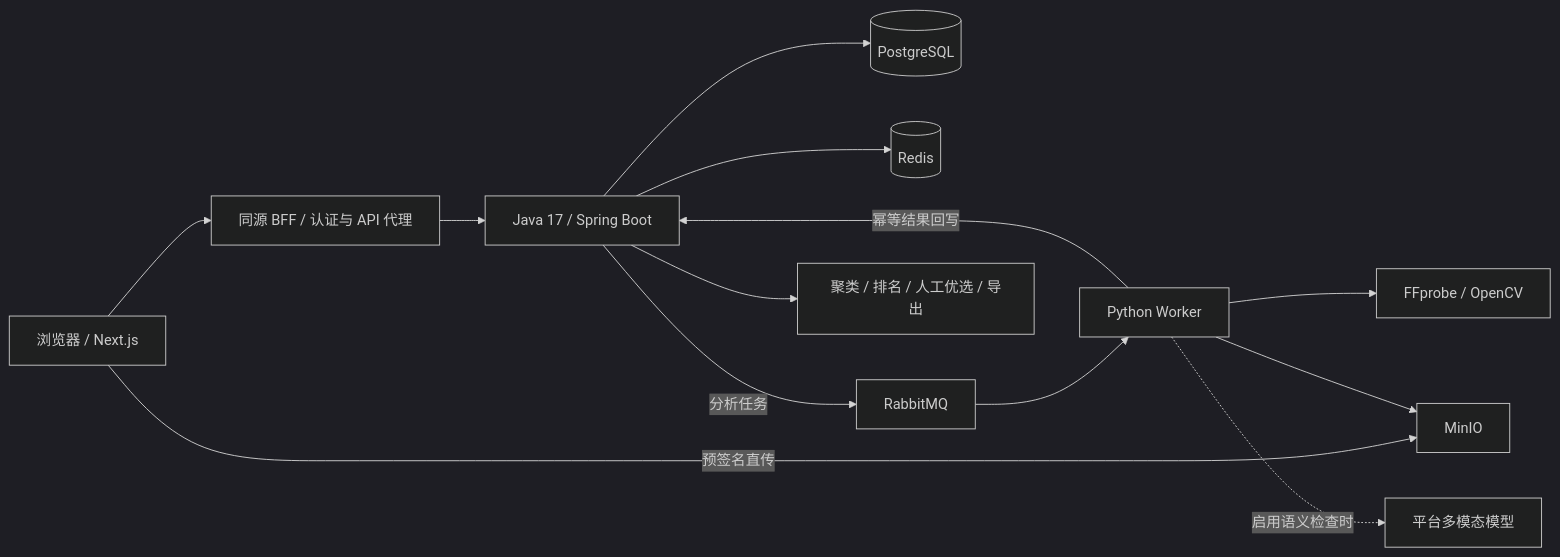
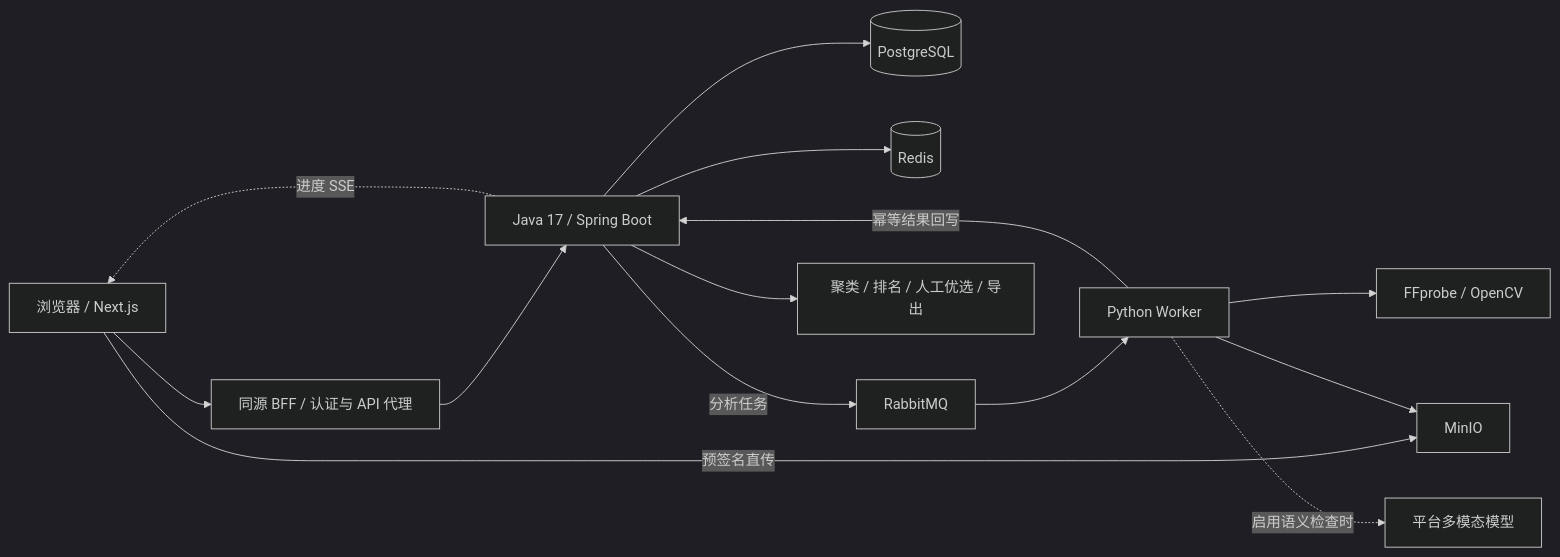
The diagram in README.md (LJunP/FrameFlow), drawn with Mermaid (dark theme) before and after one commit. The commit also changed other lines of this file and 91 other files, not shown here.

````diff
--- a/README.md
+++ b/README.md
@@ -69,15 +109,16 @@
 ```mermaid
 flowchart LR
     U[浏览器 / Next.js] --> B[同源 BFF / 认证与 API 代理]
     B --> J[Java 17 / Spring Boot]
     U -- 预签名直传 --> S[MinIO]
     J --> P[(PostgreSQL)]
     J --> R[(Redis)]
     J -- 分析任务 --> Q[RabbitMQ]
+    J -. 进度 SSE .-> U
     Q --> W[Python Worker]
     W --> S
     W --> F[FFprobe / OpenCV]
     W -. 启用语义检查时 .-> A[平台多模态模型]
     W -- 幂等结果回写 --> J
     J --> K[聚类 / 排名 / 人工优选 / 导出]
 ```
````
